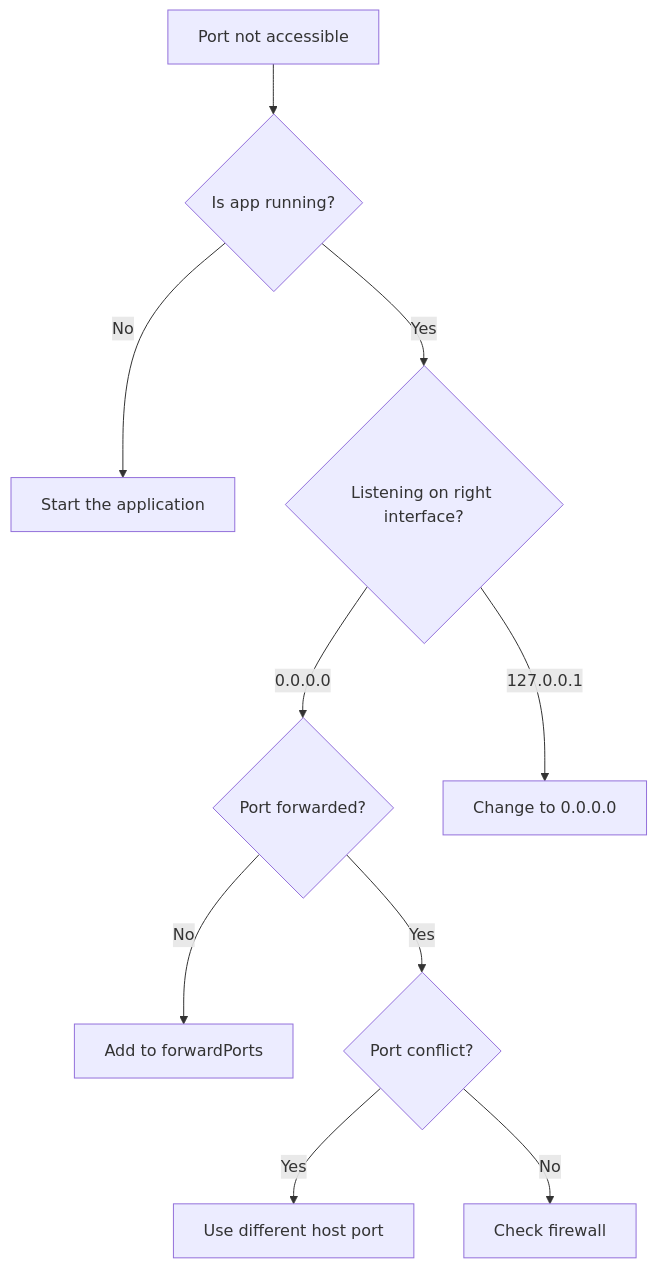
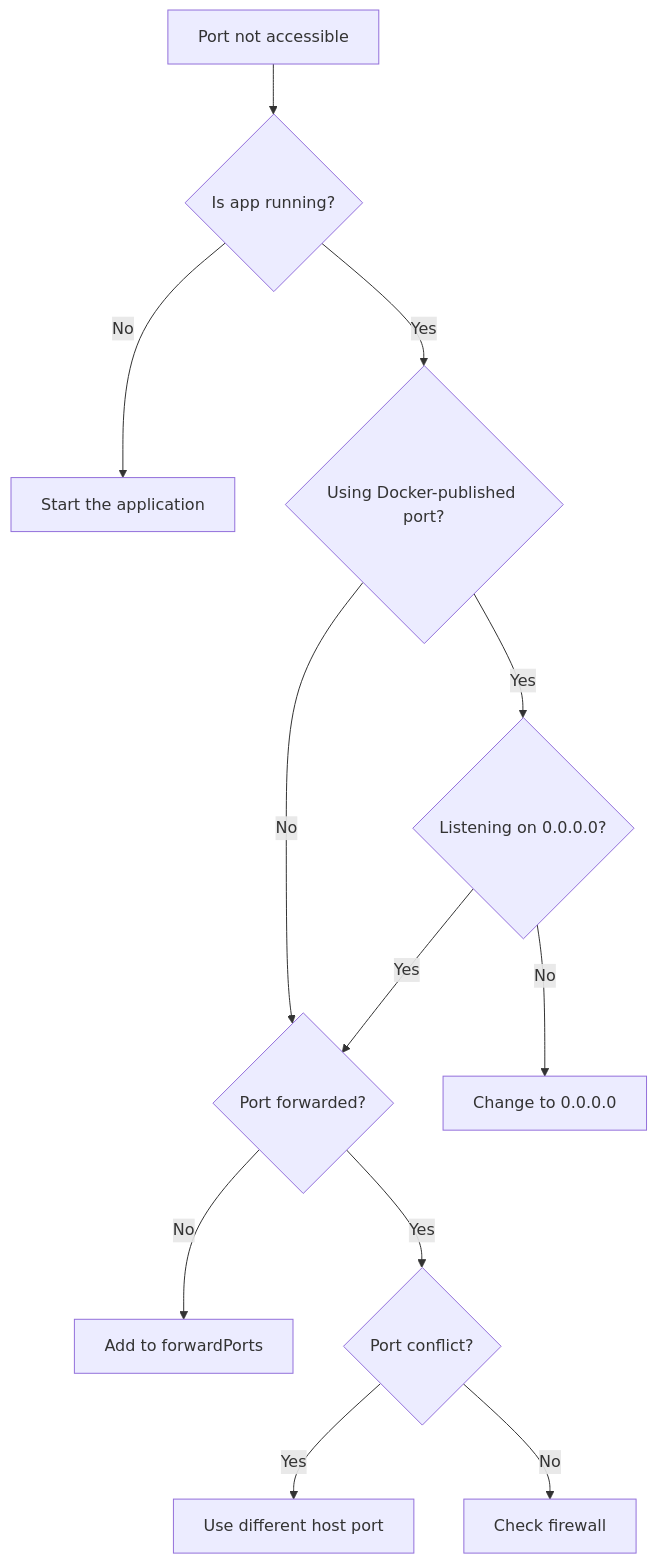
Before and after one commit to OneUptime/blog: the third of 3 diagrams in posts/2026-01-28-dev-container-port-forwarding/README.md, drawn with Mermaid. The commit also changed other lines of this file and 2 other files, not shown here.

Commit message:
validate: 2026-01-28-dev-container-port-forwarding

````diff
--- a/posts/2026-01-28-dev-container-port-forwarding/README.md
+++ b/posts/2026-01-28-dev-container-port-forwarding/README.md
@@ -370,12 +364,14 @@
 ```mermaid
 flowchart TD
     A[Port not accessible] --> B{Is app running?}
     B -->|No| C[Start the application]
-    B -->|Yes| D{Listening on right interface?}
-    D -->|0.0.0.0| E{Port forwarded?}
-    D -->|127.0.0.1| F[Change to 0.0.0.0]
-    E -->|No| G[Add to forwardPorts]
-    E -->|Yes| H{Port conflict?}
-    H -->|Yes| I[Use different host port]
-    H -->|No| J[Check firewall]
+    B -->|Yes| D{Using Docker-published port?}
+    D -->|Yes| E{Listening on 0.0.0.0?}
+    D -->|No| G{Port forwarded?}
+    E -->|No| F[Change to 0.0.0.0]
+    E -->|Yes| G
+    G -->|No| H[Add to forwardPorts]
+    G -->|Yes| I{Port conflict?}
+    I -->|Yes| J[Use different host port]
+    I -->|No| K[Check firewall]
 ```
````
